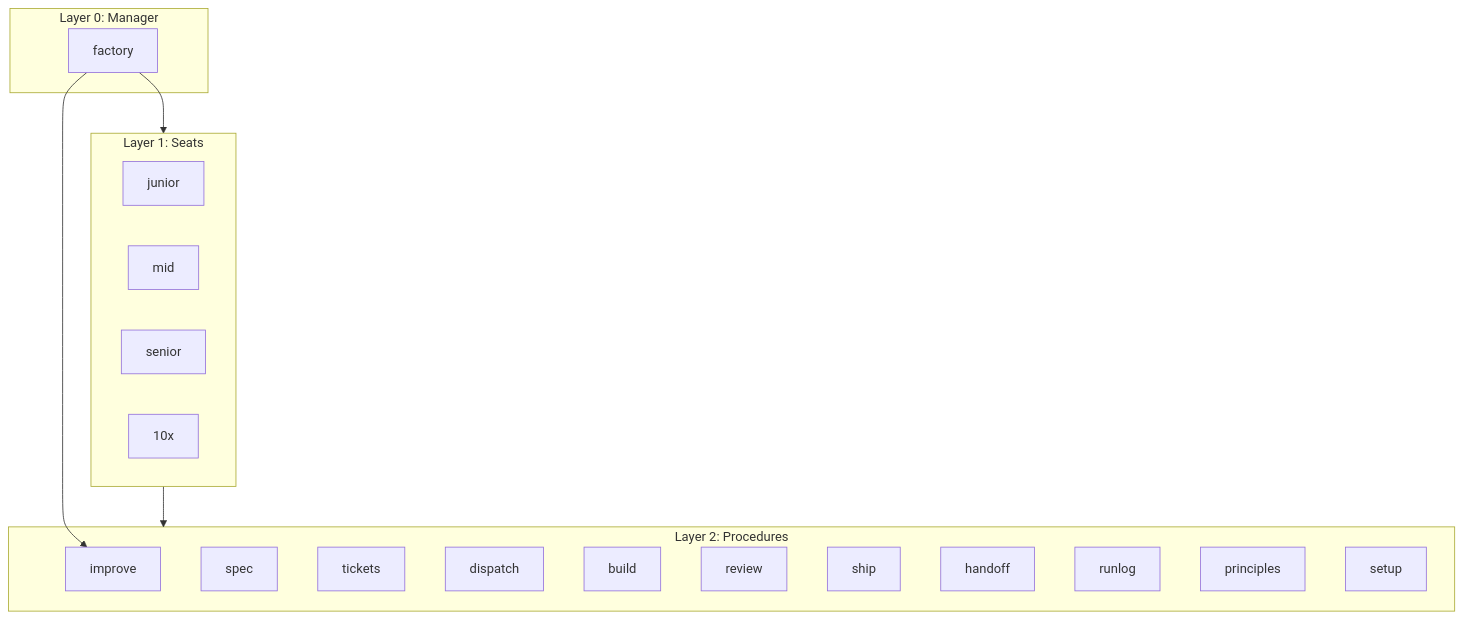
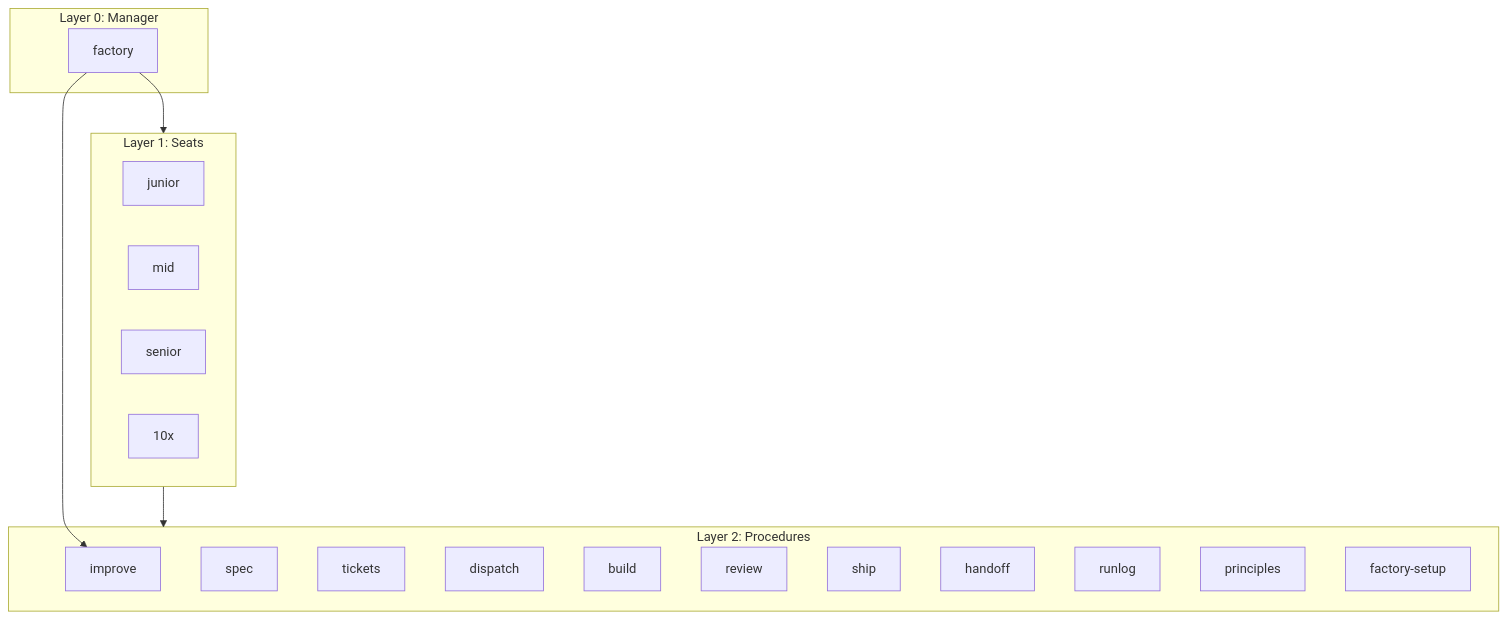
One commit to rishi23root/agent-skills changed the first of 3 diagrams in docs/architecture.md. Above: the diagram before and after it, drawn with Mermaid. The commit also changed other lines of this file and 11 other files, not shown here.

First line of the commit message:
Rename the setup skill to factory-setup

````diff
--- a/docs/architecture.md
+++ b/docs/architecture.md
@@ -13,28 +13,28 @@
 ```mermaid
 flowchart TD
   subgraph L0["Layer 0: Manager"]
     F[factory]
   end
   subgraph L1["Layer 1: Seats"]
     J[junior]
     M[mid]
     S[senior]
     X[10x]
   end
   subgraph L2["Layer 2: Procedures"]
     I[improve]
     SP[spec]
     TK[tickets]
     D[dispatch]
     B[build]
     R[review]
     SH[ship]
     H[handoff]
     RL[runlog]
     PR[principles]
-    SU[setup]
+    SU[factory-setup]
   end
   F --> I
   F --> L1
   L1 --> L2
 ```
````
